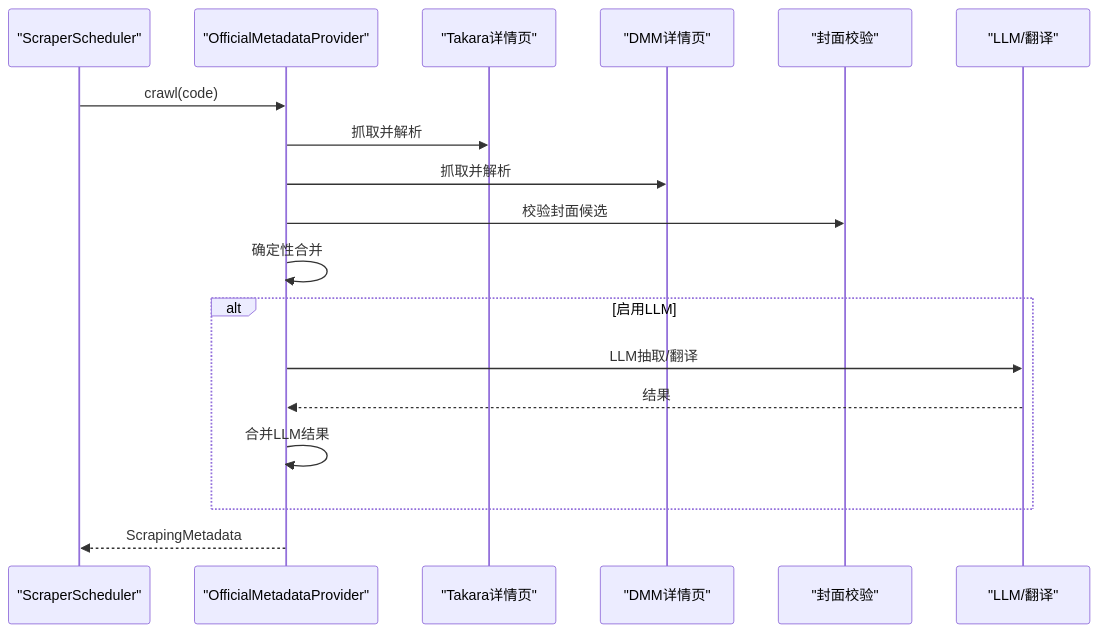
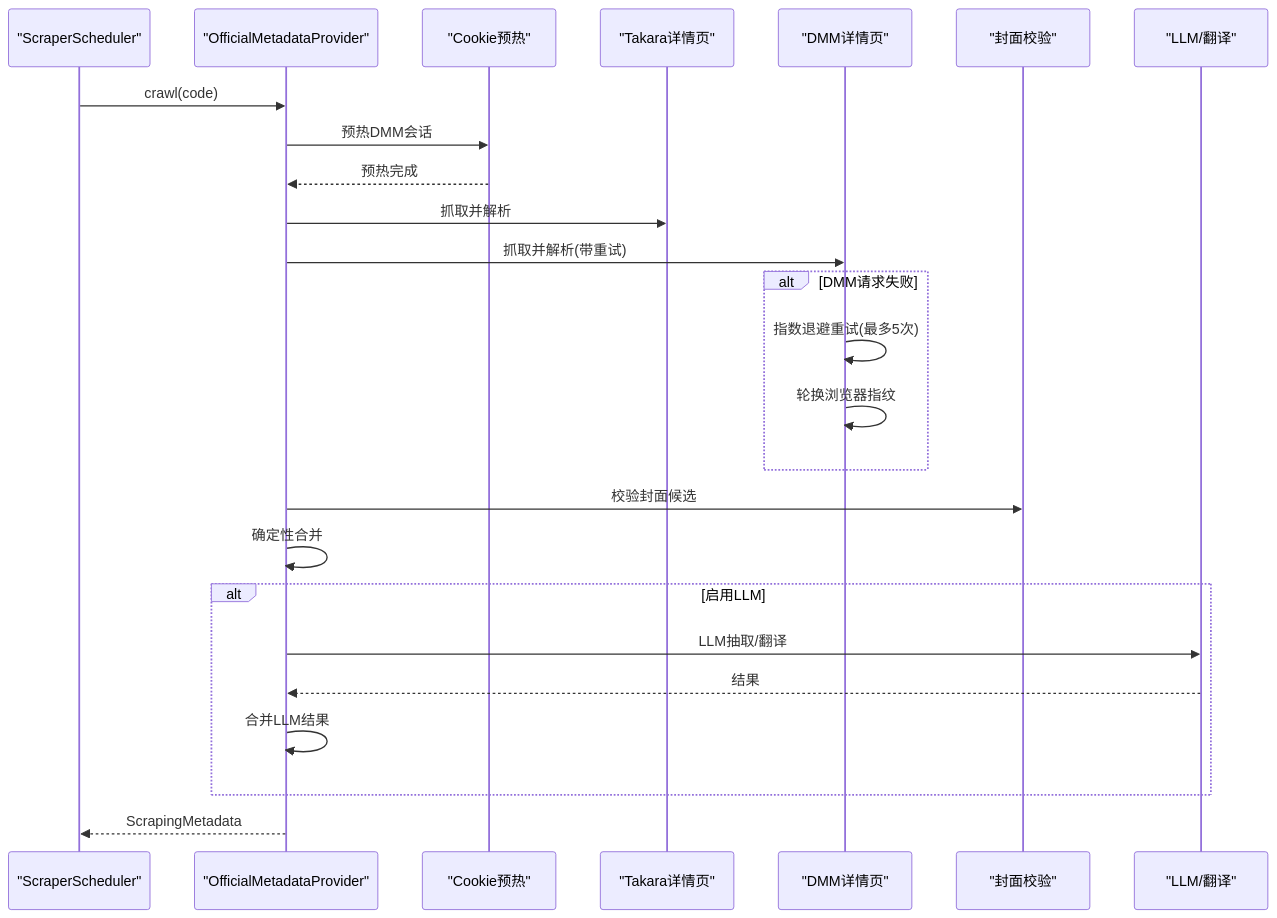
Before and after one commit to chnnhhh/noctra: the fourth of 8 diagrams in .qoder/repowiki/zh/content/核心功能/元数据刮削系统/刮削引擎/刮削引擎.md, drawn with Mermaid. The commit also changed other lines of this file and 5 other files, not shown here.

````diff
--- a/.qoder/repowiki/zh/content/核心功能/元数据刮削系统/刮削引擎/刮削引擎.md
+++ b/.qoder/repowiki/zh/content/核心功能/元数据刮削系统/刮削引擎/刮削引擎.md
@@ -202,20 +214,27 @@
 ```mermaid
 sequenceDiagram
 participant S as "ScraperScheduler"
 participant O as "OfficialMetadataProvider"
+participant W as "Cookie预热"
 participant T as "Takara详情页"
 participant D as "DMM详情页"
 participant V as "封面校验"
 participant L as "LLM/翻译"
 S->>O : crawl(code)
+O->>W : 预热DMM会话
+W-->>O : 预热完成
 O->>T : 抓取并解析
-O->>D : 抓取并解析
+O->>D : 抓取并解析(带重试)
+alt DMM请求失败
+D->>D : 指数退避重试(最多5次)
+D->>D : 轮换浏览器指纹
+end
 O->>V : 校验封面候选
 O->>O : 确定性合并
 alt 启用LLM
 O->>L : LLM抽取/翻译
 L-->>O : 结果
 O->>O : 合并LLM结果
 end
 O-->>S : ScrapingMetadata
 ```
````
